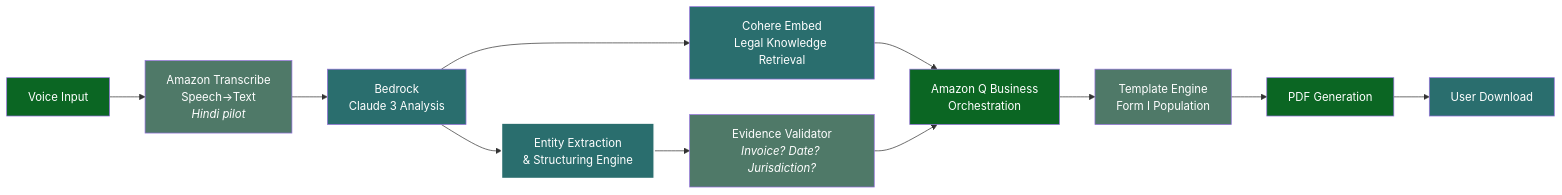
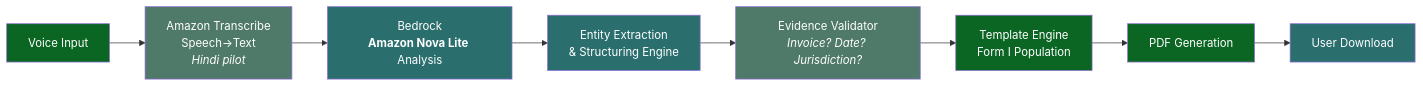
One commit to abelmt07/CitadelAI_AI_For_Bharath_CtrlZ changed the diagram in requirements.md. Above: the diagram before and after it, drawn with Mermaid. The commit also changed other lines of this file, not shown here.

````diff
--- a/requirements.md
+++ b/requirements.md
@@ -49,24 +50,19 @@
 ```mermaid
 graph LR
     A[Voice Input] --> B[Amazon Transcribe<br/>Speech→Text<br/><i>Hindi pilot</i>]
-    B --> C[Bedrock<br/>Claude 3 Analysis]
+    B --> C[Bedrock<br/><b>Amazon Nova Lite</b> Analysis]
     C --> D[Entity Extraction<br/>& Structuring Engine]
-    C --> E[Cohere Embed<br/>Legal Knowledge Retrieval]
-    D --> F[Evidence Validator<br/><i>Invoice? Date? Jurisdiction?</i>]
-    E --> G[Amazon Q Business<br/>Orchestration]
-    F --> G
-    G --> H[Template Engine<br/>Form I Population]
-    H --> I[PDF Generation]
-    I --> J[User Download]
+    D --> E[Evidence Validator<br/><i>Invoice? Date? Jurisdiction?</i>]
+    E --> F[Template Engine<br/>Form I Population]
+    F --> G[PDF Generation]
+    G --> H[User Download]
     
     style A fill:#0B6623,color:#fff
     style B fill:#4F7968,color:#fff
     style C fill:#2A6E6E,color:#fff
-    style D fill:#2A6E6E,color:#fff,stroke:#fff,stroke-width:2px
-    style E fill:#2A6E6E,color:#fff
-    style F fill:#4F7968,color:#fff
+    style D fill:#2A6E6E,color:#fff
+    style E fill:#4F7968,color:#fff
+    style F fill:#0B6623,color:#fff
     style G fill:#0B6623,color:#fff
-    style H fill:#4F7968,color:#fff
-    style I fill:#0B6623,color:#fff
-    style J fill:#2A6E6E,color:#fff
+    style H fill:#2A6E6E,color:#fff
 ```
````
